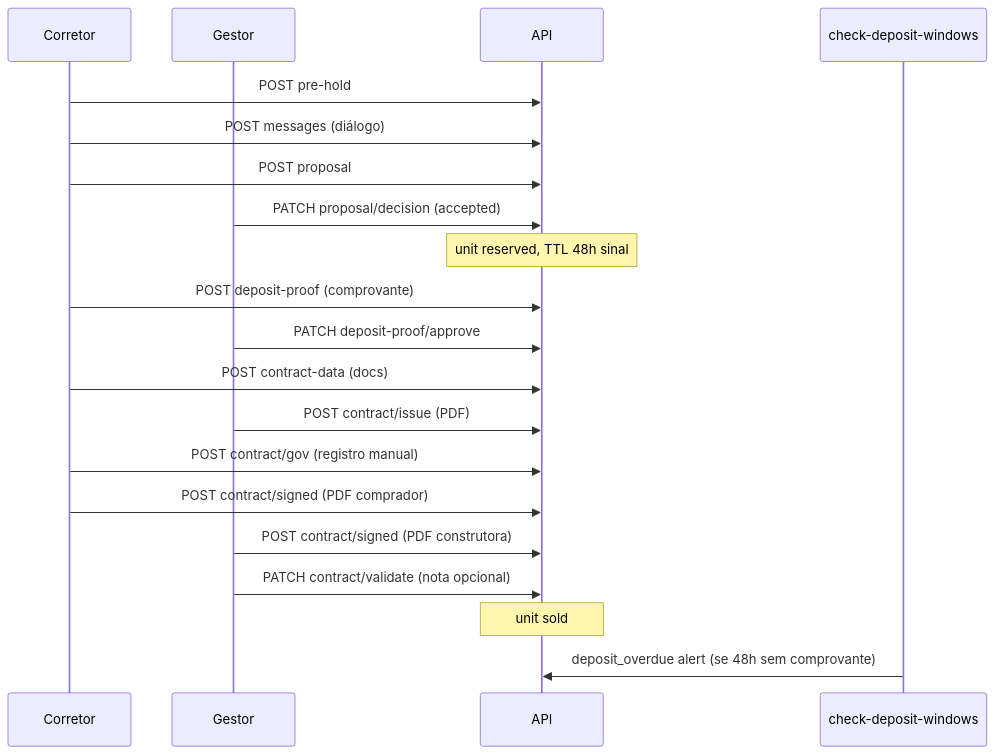
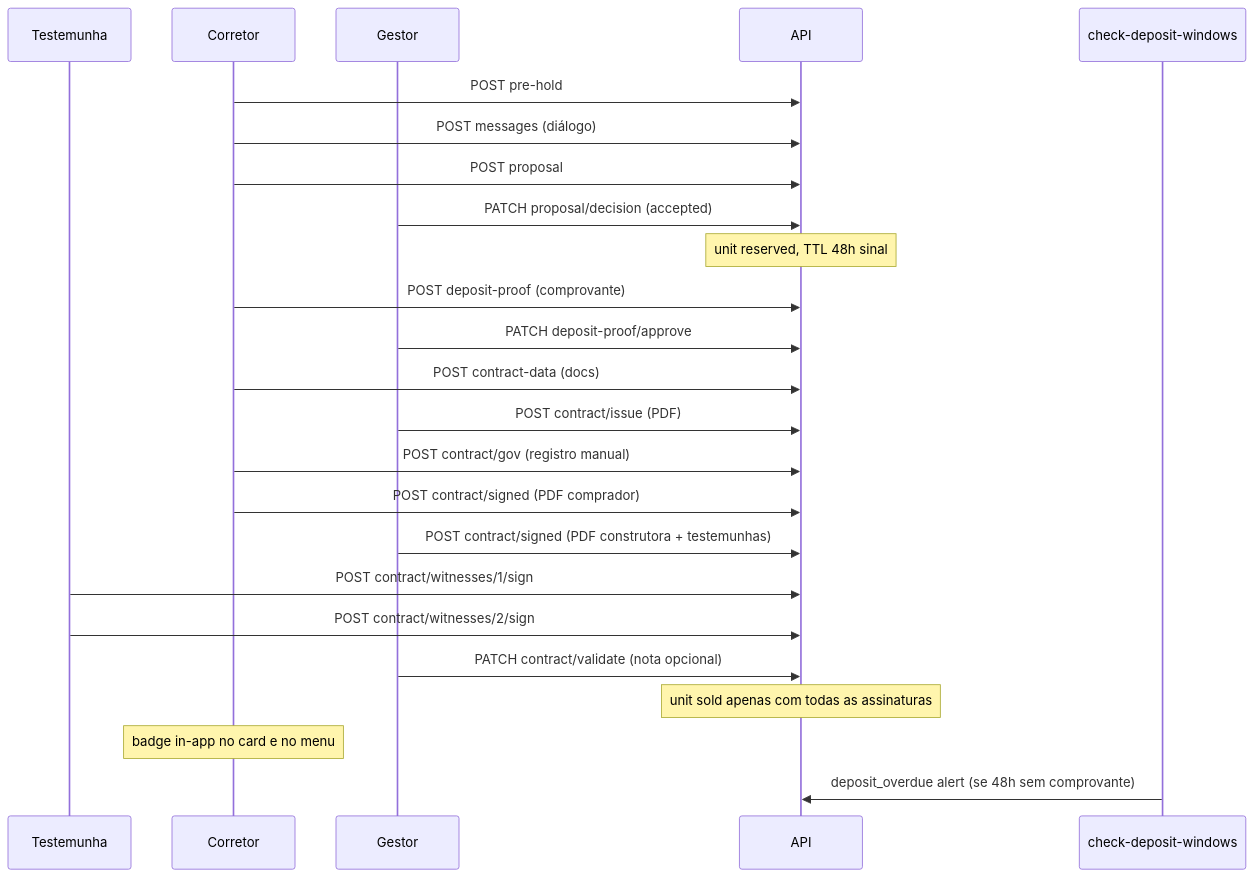
The sixth of 9 diagrams in .specs/codebase/FLOWS.md (laerciocrestani/oportalimobiliario), drawn with Mermaid before and after one commit. The commit also changed other lines of this file and 141 other files, not shown here.

````diff
--- a/.specs/codebase/FLOWS.md
+++ b/.specs/codebase/FLOWS.md
@@ -180,23 +183,27 @@
 ```mermaid
 sequenceDiagram
+    participant Wit as Testemunha
     participant Brk as Corretor
     participant Bld as Gestor
     participant API as API
     participant CMD as check-deposit-windows
 
     Brk->>API: POST pre-hold
     Brk->>API: POST messages (diálogo)
     Brk->>API: POST proposal
     Bld->>API: PATCH proposal/decision (accepted)
     Note over API: unit reserved, TTL 48h sinal
     Brk->>API: POST deposit-proof (comprovante)
     Bld->>API: PATCH deposit-proof/approve
     Brk->>API: POST contract-data (docs)
     Bld->>API: POST contract/issue (PDF)
     Brk->>API: POST contract/gov (registro manual)
     Brk->>API: POST contract/signed (PDF comprador)
-    Bld->>API: POST contract/signed (PDF construtora)
+    Bld->>API: POST contract/signed (PDF construtora + testemunhas)
+    Wit->>API: POST contract/witnesses/1/sign
+    Wit->>API: POST contract/witnesses/2/sign
     Bld->>API: PATCH contract/validate (nota opcional)
-    Note over API: unit sold
+    Note over API: unit sold apenas com todas as assinaturas
+    Note over Brk: badge in-app no card e no menu
     CMD->>API: deposit_overdue alert (se 48h sem comprovante)
 ```
````
